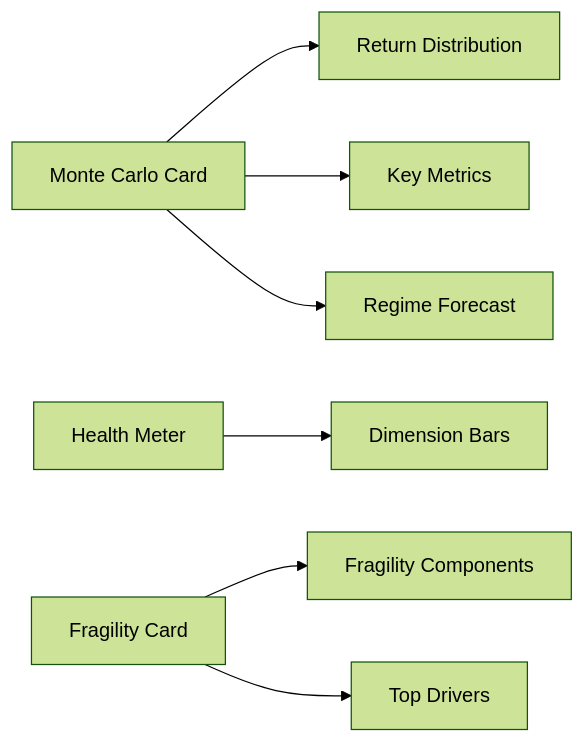
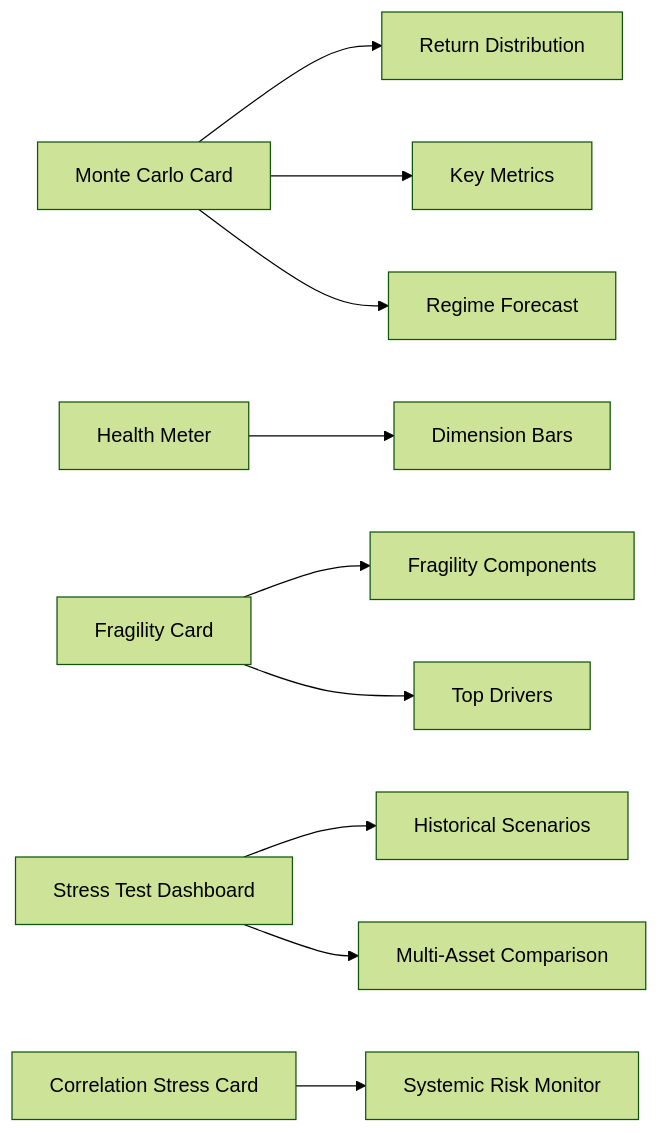
Before and after one commit to ecryptoguru/lyraalpha: the tenth of 12 diagrams in .qoder/repowiki/en/content/Core Features/Portfolio Management/Portfolio Management.md, drawn with Mermaid (forest theme). The commit also changed other lines of this file and 95 other files, not shown here.

````diff
--- a/.qoder/repowiki/en/content/Core Features/Portfolio Management/Portfolio Management.md
+++ b/.qoder/repowiki/en/content/Core Features/Portfolio Management/Portfolio Management.md
@@ -312,9 +420,12 @@
 ```mermaid
 graph LR
 MC["Monte Carlo Card"] --> Dist["Return Distribution"]
 MC --> Stats["Key Metrics"]
 MC --> Regime["Regime Forecast"]
 Health["Health Meter"] --> Dim["Dimension Bars"]
 Frag["Fragility Card"] --> Comp["Fragility Components"]
 Frag --> Top["Top Drivers"]
+Stress["Stress Test Dashboard"] --> Scenarios["Historical Scenarios"]
+Stress --> Assets["Multi-Asset Comparison"]
+Corr["Correlation Stress Card"] --> Systemic["Systemic Risk Monitor"]
 ```
````
